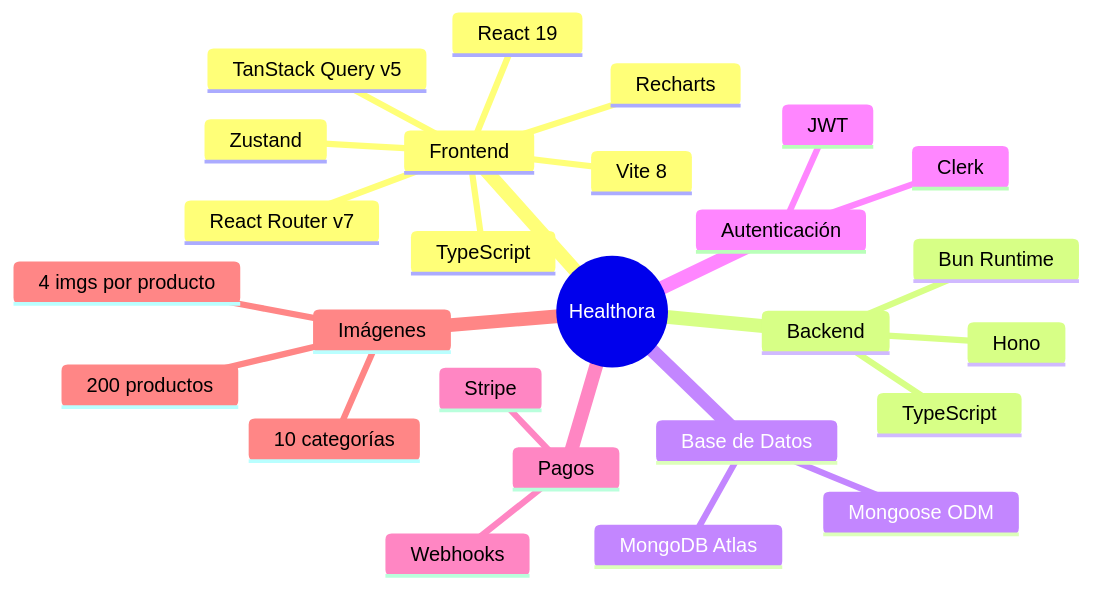
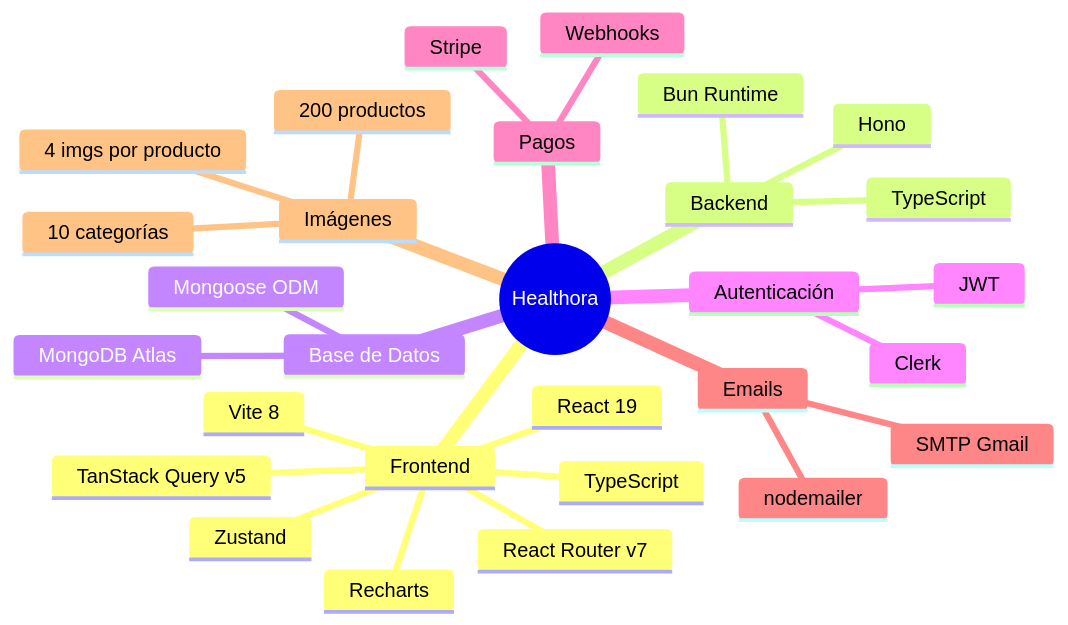
Before and after one commit to EiJassiel/healthora: diagram 11 of 11 in docs/arquitectura.md, drawn with Mermaid. The commit also changed other lines of this file and 4 other files, not shown here.

````diff
--- a/docs/arquitectura.md
+++ b/docs/arquitectura.md
@@ -538,29 +570,32 @@
 ```mermaid
 mindmap
   root((Healthora))
     Frontend
       React 19
       Vite 8
       TypeScript
       React Router v7
       TanStack Query v5
       Zustand
       Recharts
     Backend
       Hono
       Bun Runtime
       TypeScript
     Base de Datos
       MongoDB Atlas
       Mongoose ODM
     Autenticación
       Clerk
       JWT
     Pagos
       Stripe
       Webhooks
+    Emails
+      nodemailer
+      SMTP Gmail
     Imágenes
       200 productos
       4 imgs por producto
       10 categorías
 ```
````
